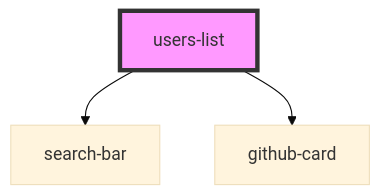
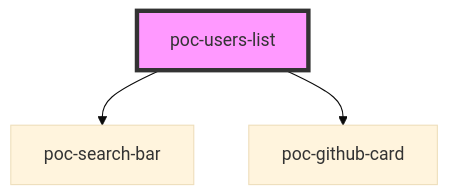
One commit to hypexyz/poc-web-components changed the diagram in packages/component-library/src/components/users-list/readme.md. Above: the diagram before and after it, drawn with Mermaid (base theme). The commit also changed other lines of this file and 22 other files, not shown here.

Commit message:
Add simple chart

````diff
--- a/packages/component-library/src/components/users-list/readme.md
+++ b/packages/component-library/src/components/users-list/readme.md
@@ -16,6 +14,6 @@
 ```mermaid
 graph TD;
-  users-list --> search-bar
-  users-list --> github-card
-  style users-list fill:#f9f,stroke:#333,stroke-width:4px
+  poc-users-list --> poc-search-bar
+  poc-users-list --> poc-github-card
+  style poc-users-list fill:#f9f,stroke:#333,stroke-width:4px
 ```
````
